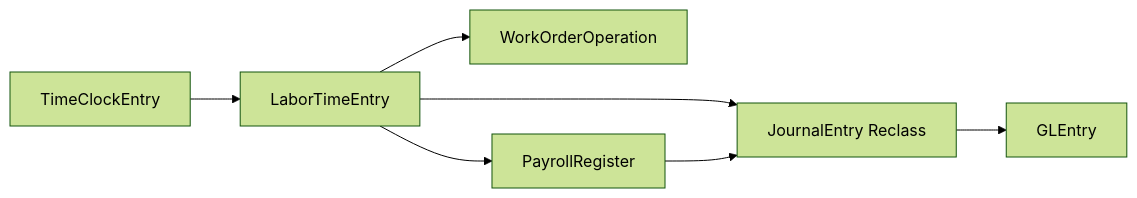
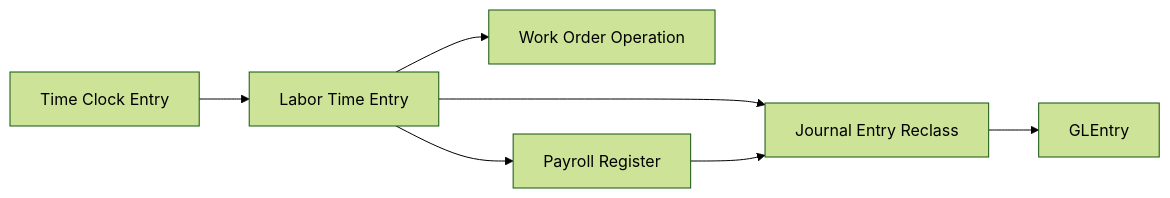
The fifth of 6 diagrams in docs/processes/payroll.md (mmcodesso/greenfield_database), drawn with Mermaid (forest theme) before and after one commit. The commit also changed other lines of this file and 6 other files, not shown here.

````diff
--- a/docs/processes/payroll.md
+++ b/docs/processes/payroll.md
@@ -210,14 +209,14 @@
 ```mermaid
 flowchart LR
-    TCE[TimeClockEntry]
-    LTE[LaborTimeEntry]
-    WOO[WorkOrderOperation]
-    PR[PayrollRegister]
-    JE[JournalEntry Reclass]
+    TCE[Time Clock Entry]
+    LTE[Labor Time Entry]
+    WOO[Work Order Operation]
+    PR[Payroll Register]
+    JE[Journal Entry Reclass]
     GL[GLEntry]
 
     TCE --> LTE --> WOO
     LTE --> PR
     LTE --> JE --> GL
     PR --> JE
 ```
````
